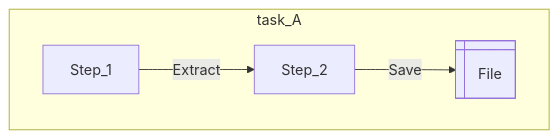
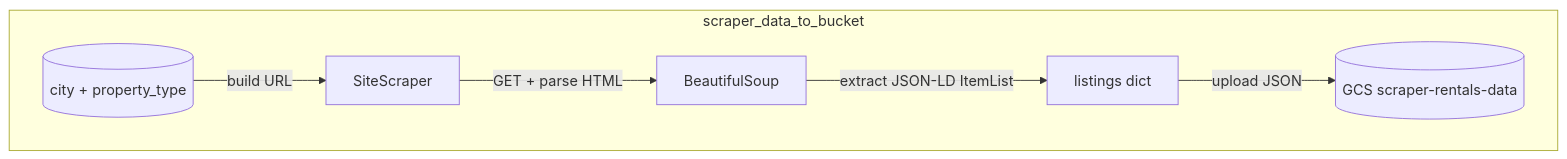
Before and after one commit to dark-theme-org/rentals-data-pipeline: the diagram in README.md, drawn with Mermaid. The commit also changed other lines of this file and 28 other files, not shown here.

First line of the commit message:
Add scraper-to-GCS entrypoint, shared utils, and curl-cffi HTTP (#5)

````diff
--- a/README.md
+++ b/README.md
@@ -49,7 +54,9 @@
 ```mermaid
 flowchart TD
-   subgraph task_A
-   A[Step_1] --> |Extract| B[Step_2]
-   B --> |Save| C@{shape: win-pane, label: "File"}
+   subgraph scraper_data_to_bucket
+   A[(city + property_type)] --> |build URL| B[SiteScraper]
+   B --> |GET + parse HTML| C[BeautifulSoup]
+   C --> |extract JSON-LD ItemList| D[listings dict]
+   D --> |upload JSON| E@{shape: cyl, label: "GCS scraper-rentals-data"}
    end
 ```
````
